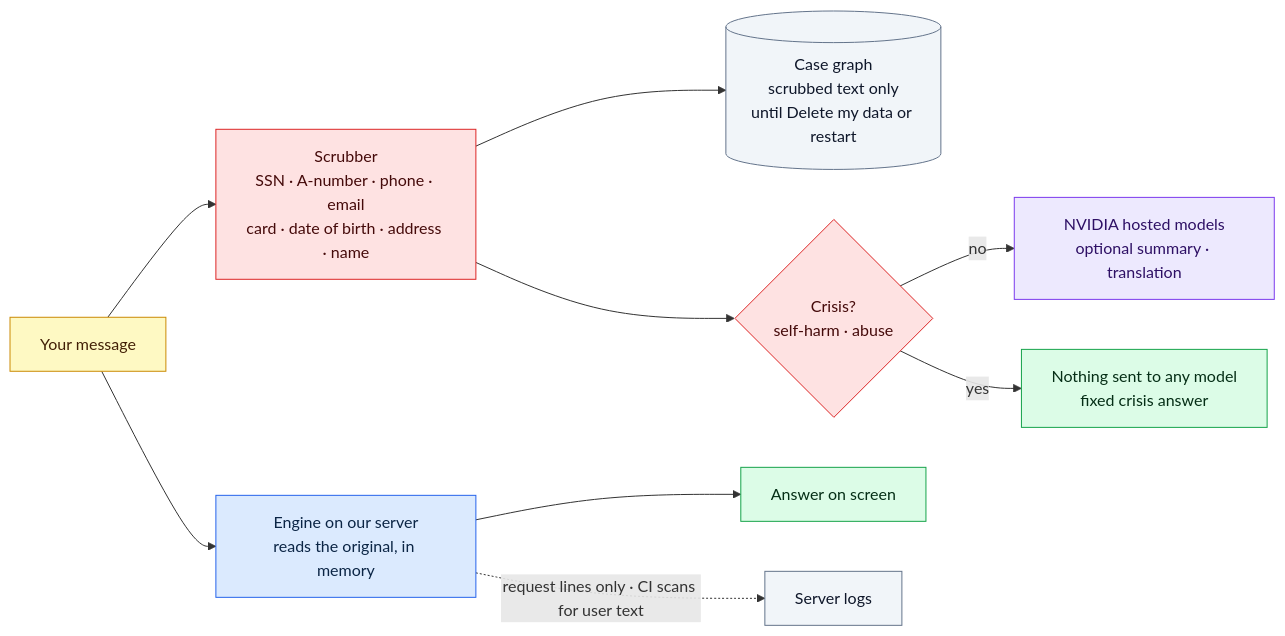
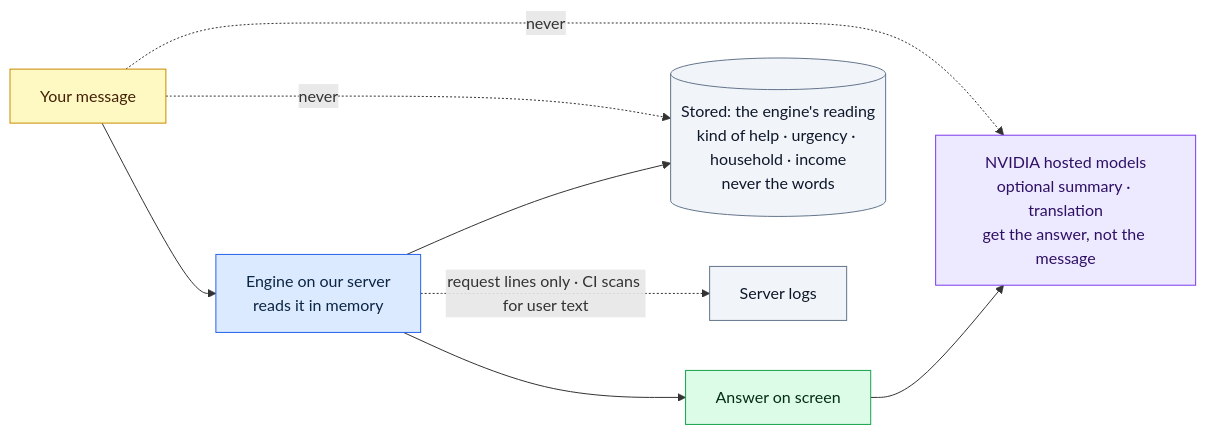
Before and after one commit to Anbu-00001/CivicMesh: the seventh of 11 diagrams in README.md, drawn with Mermaid. The commit also changed other lines of this file and 24 other files, not shown here.

````diff
--- a/README.md
+++ b/README.md
@@ -378,18 +384,16 @@
 ```mermaid
 flowchart LR
-    M[Your message]:::user --> ENG[Engine on our server<br/>reads the original, in memory]:::det
-    M --> SC[Scrubber<br/>SSN · A-number · phone · email<br/>card · date of birth · address · name]:::safety
-    SC --> DB[(Case graph<br/>scrubbed text only<br/>until Delete my data or restart)]:::store
-    SC --> CR{Crisis?<br/>self-harm · abuse}:::safety
-    CR -->|no| NIM[NVIDIA hosted models<br/>optional summary · translation]:::ext
-    CR -->|yes| STAY[Nothing sent to any model<br/>fixed crisis answer]:::ok
+    M[Your message]:::user --> ENG[Engine on our server<br/>reads it in memory]:::det
     ENG --> ANS[Answer on screen]:::ok
+    ENG --> DB[(Stored: the engine's reading<br/>kind of help · urgency · household · income<br/>never the words)]:::store
+    ANS --> NIM[NVIDIA hosted models<br/>optional summary · translation<br/>get the answer, not the message]:::ext
+    M -.->|never| NIM
+    M -.->|never| DB
     ENG -.->|request lines only · CI scans for user text| LOG[Server logs]:::store
 
     classDef user fill:#fef9c3,stroke:#ca8a04,color:#422006
     classDef det fill:#dbeafe,stroke:#2563eb,color:#0b2545
-    classDef safety fill:#fee2e2,stroke:#dc2626,color:#450a0a
     classDef store fill:#f1f5f9,stroke:#64748b,color:#0f172a
     classDef ext fill:#ede9fe,stroke:#7c3aed,color:#2e1065
     classDef ok fill:#dcfce7,stroke:#16a34a,color:#052e16
 ```
````
